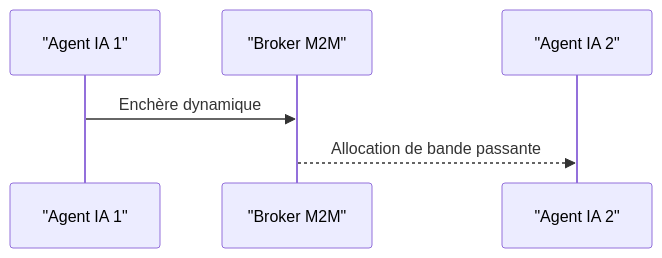
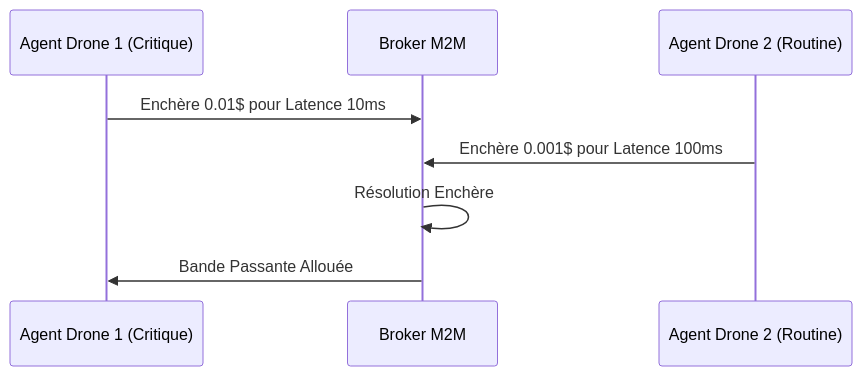
Before and after one commit to flouzzy/top-100-ai-startup-ideas: the second of 2 diagrams in archive/m2m-agent-bandwidth-broker/README.fr.md, drawn with Mermaid. The commit also changed other lines of this file and 56 other files, not shown here.

````diff
--- a/archive/m2m-agent-bandwidth-broker/README.fr.md
+++ b/archive/m2m-agent-bandwidth-broker/README.fr.md
@@ -37,8 +38,10 @@
 ```mermaid
 sequenceDiagram
-    participant A1 as "Agent IA 1"
-    participant M as "Broker M2M"
-    participant A2 as "Agent IA 2"
-    A1->>M: Enchère dynamique
-    M-->>A2: Allocation de bande passante
+    participant Agent1 as Agent Drone 1 (Critique)
+    participant Broker as Broker M2M
+    participant Agent2 as Agent Drone 2 (Routine)
+    Agent1->>Broker: Enchère 0.01$ pour Latence 10ms
+    Agent2->>Broker: Enchère 0.001$ pour Latence 100ms
+    Broker->>Broker: Résolution Enchère
+    Broker->>Agent1: Bande Passante Allouée
 ```
````
